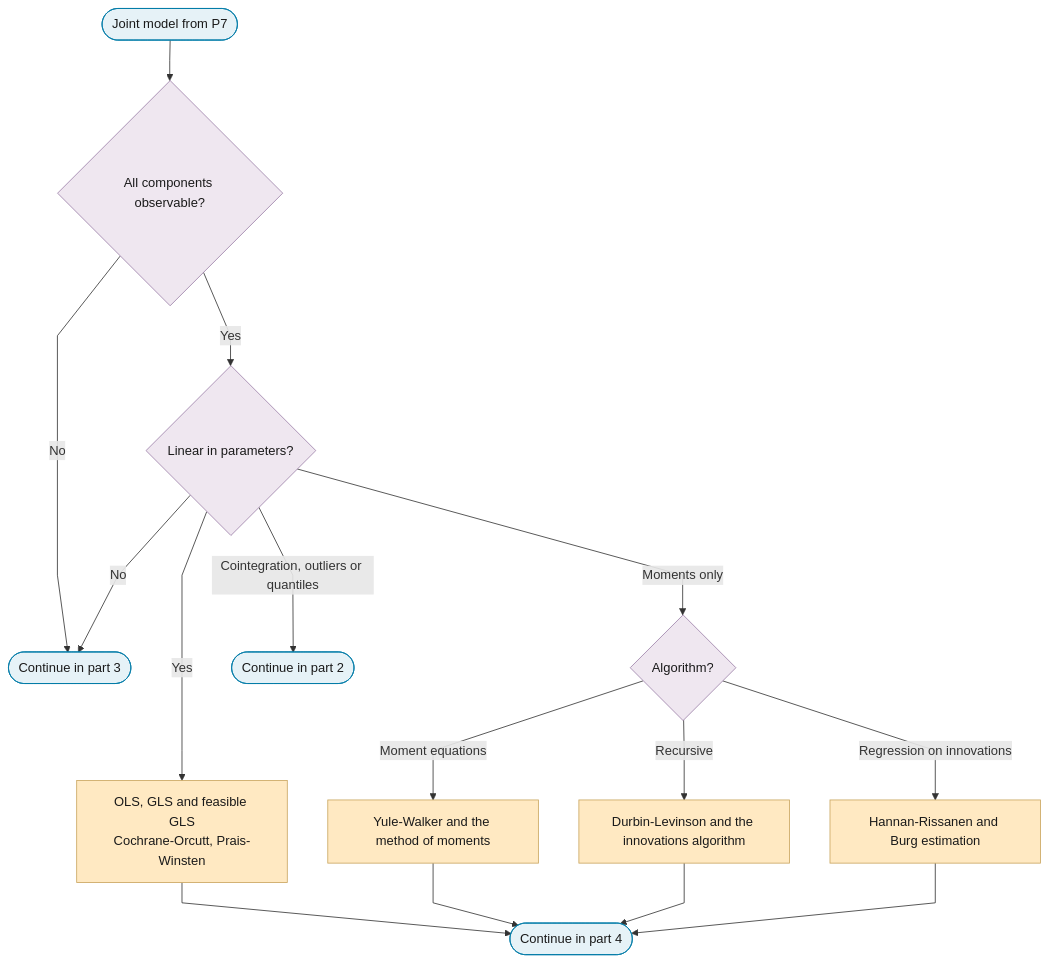
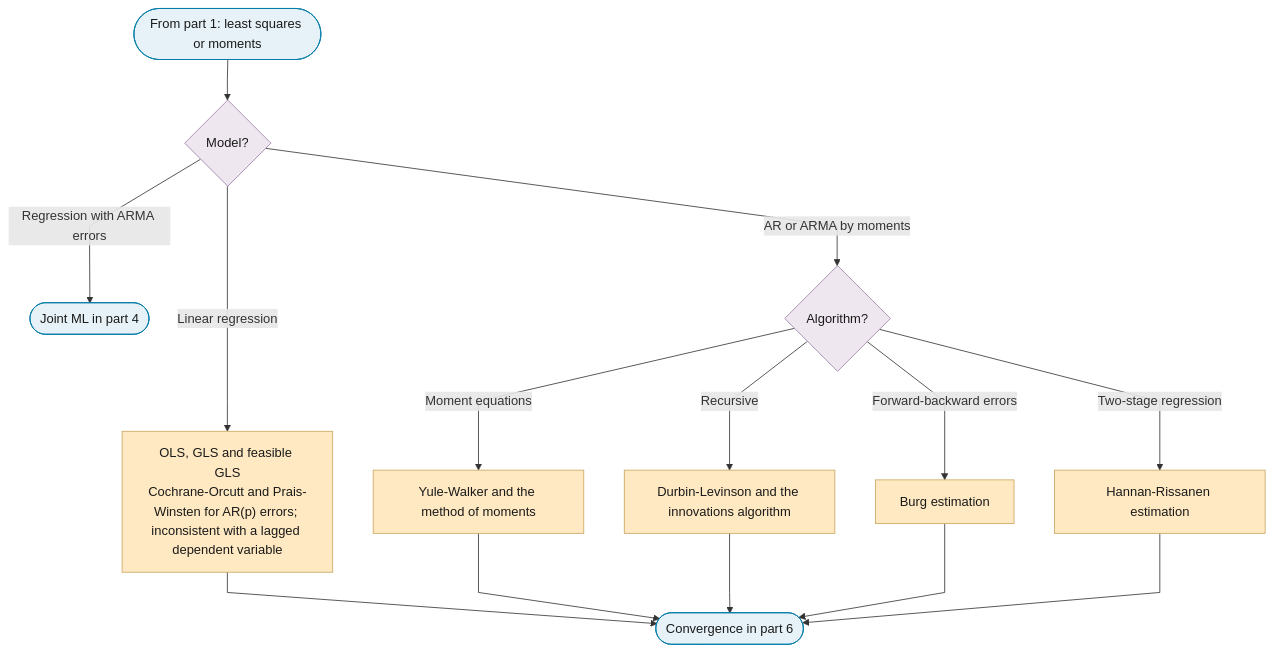
One commit to Shuxin-Y/time-series-analysis-manual changed the second of 6 diagrams in docs/01-workflow/p08-estimation.md. Above: the diagram before and after it, drawn with Mermaid. The commit also changed other lines of this file and 2 other files, not shown here.

First line of the commit message:
feat(p8): prior and model kind first, endogeneity, joint ML, spectral likelihood

````diff
--- a/docs/01-workflow/p08-estimation.md
+++ b/docs/01-workflow/p08-estimation.md
@@ -11,26 +44,24 @@
 ```mermaid
 %%{init: {"flowchart": {"curve": "linear"}}}%%
 graph TD
-    P8_IN(["Joint model from P7"]) --> P8_OBSERVABLE{"All components observable?"}
-    P8_OBSERVABLE -->|"Yes"| P8_LINEAR{"Linear in parameters?"}
-    P8_OBSERVABLE -->|"No"| P8_TO_PART_3(["Continue in part 3"])
-    P8_LINEAR -->|"Yes"| P8_OLS_GLS["OLS, GLS and feasible GLS<br/>Cochrane-Orcutt, Prais-Winsten"]
-    P8_LINEAR -->|"Moments only"| P8_MOMENTS{"Algorithm?"}
-    P8_LINEAR -->|"Cointegration, outliers or quantiles"| P8_TO_PART_2(["Continue in part 2"])
-    P8_LINEAR -->|"No"| P8_TO_PART_3
+    P8_PART_2_IN(["From part 1: least squares or moments"]) --> P8_LINEAR{"Model?"}
+    P8_LINEAR -->|"Linear regression"| P8_OLS_GLS["OLS, GLS and feasible GLS<br/>Cochrane-Orcutt and Prais-Winsten for AR(p) errors; inconsistent with a lagged dependent variable"]
+    P8_LINEAR -->|"Regression with ARMA errors"| P8_JOINT_TO_PART_4(["Joint ML in part 4"])
+    P8_LINEAR -->|"AR or ARMA by moments"| P8_MOMENTS{"Algorithm?"}
     P8_MOMENTS -->|"Moment equations"| P8_YULE_WALKER["Yule-Walker and the method of moments"]
     P8_MOMENTS -->|"Recursive"| P8_DURBIN_LEVINSON["Durbin-Levinson and the innovations algorithm"]
-    P8_MOMENTS -->|"Regression on innovations"| P8_HANNAN_RISSANEN["Hannan-Rissanen and Burg estimation"]
-    P8_OLS_GLS & P8_YULE_WALKER & P8_DURBIN_LEVINSON & P8_HANNAN_RISSANEN --> P8_LINEAR_TO_PART_4(["Continue in part 4"])
-    class P8_OLS_GLS,P8_YULE_WALKER,P8_DURBIN_LEVINSON,P8_HANNAN_RISSANEN escalate
-    class P8_IN,P8_TO_PART_3,P8_TO_PART_2,P8_LINEAR_TO_PART_4 terminator
-    class P8_OBSERVABLE,P8_LINEAR,P8_MOMENTS decision
+    P8_MOMENTS -->|"Forward-backward errors"| P8_BURG["Burg estimation"]
+    P8_MOMENTS -->|"Two-stage regression"| P8_HANNAN_RISSANEN["Hannan-Rissanen estimation"]
+    P8_OLS_GLS & P8_YULE_WALKER & P8_DURBIN_LEVINSON & P8_BURG & P8_HANNAN_RISSANEN --> P8_PART_2_OUT(["Convergence in part 6"])
+    class P8_OLS_GLS,P8_YULE_WALKER,P8_DURBIN_LEVINSON,P8_BURG,P8_HANNAN_RISSANEN escalate
+    class P8_PART_2_IN,P8_JOINT_TO_PART_4,P8_PART_2_OUT terminator
+    class P8_LINEAR,P8_MOMENTS decision
     classDef terminator fill:#E6F2F7,stroke:#007BA7,color:#1A1A1A;
     classDef process fill:#FFFFFF,stroke:#5A6B73,color:#1A1A1A;
     classDef decision fill:#EFE7F0,stroke:#9B7FA7,color:#1A1A1A;
     classDef data fill:#FFF4E0,stroke:#C9A55E,color:#1A1A1A;
     classDef good fill:#DCEFD8,stroke:#4A7A3F,color:#1A1A1A;
     classDef escalate fill:#FFE9C2,stroke:#C9A55E,color:#1A1A1A;
     classDef problem fill:#F2D9DE,stroke:#800020,color:#1A1A1A;
     classDef ref fill:#F7F7F7,stroke:#5A6B73,color:#1A1A1A,stroke-dasharray:4 3;
 ```
````
